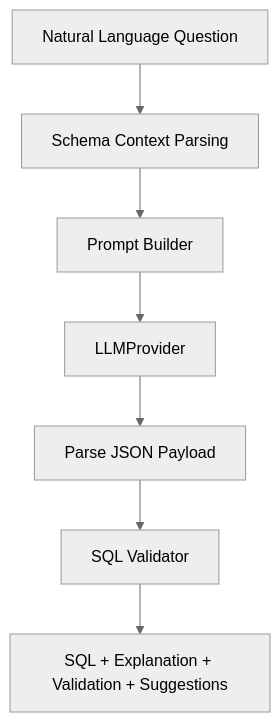
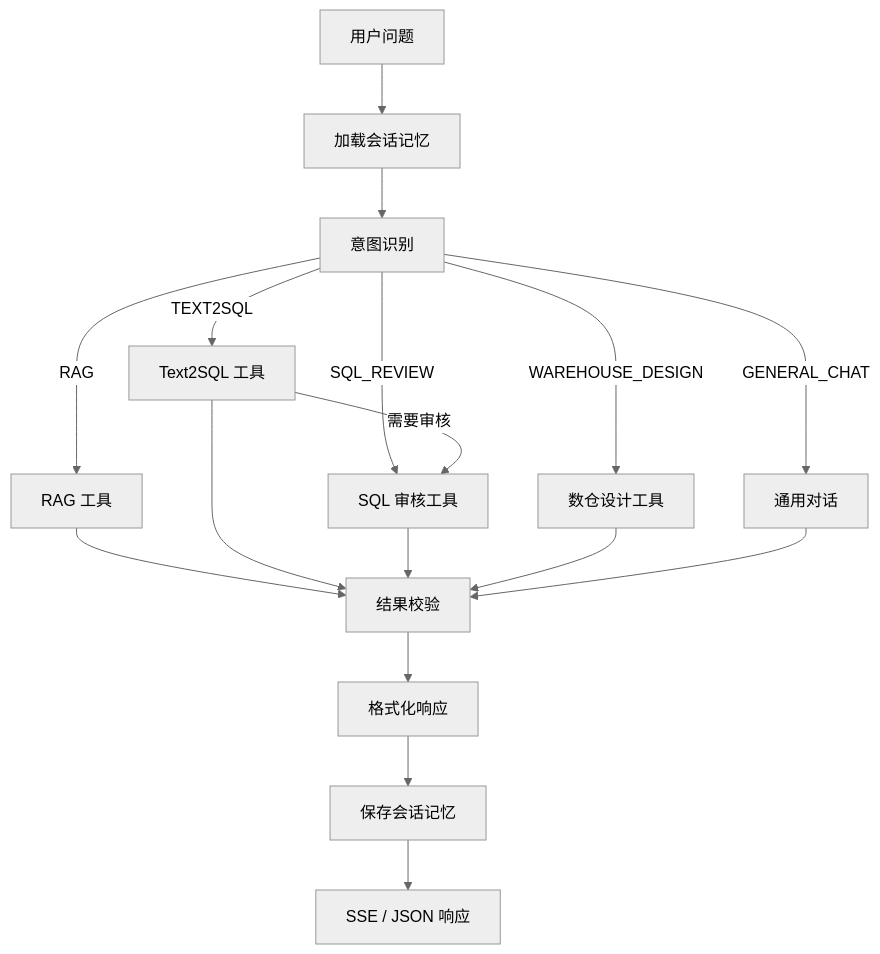
The fourth of 7 diagrams in docs/ARCHITECTURE.md (plutoczm/DataCopilot), drawn with Mermaid (neutral theme) before and after one commit. The commit also changed other lines of this file and 152 other files, not shown here.

````diff
--- a/docs/ARCHITECTURE.md
+++ b/docs/ARCHITECTURE.md
@@ -100,9 +102,19 @@
 ```mermaid
 flowchart TD
-    NL[Natural Language Question] --> Schema[Schema Context Parsing]
-    Schema --> Prompt[Prompt Builder]
-    Prompt --> LLM[LLMProvider]
-    LLM --> JSON[Parse JSON Payload]
-    JSON --> Validate[SQL Validator]
-    Validate --> Result[SQL + Explanation + Validation + Suggestions]
+    Query[用户问题] --> Memory[加载会话记忆]
+    Memory --> Classify[意图识别]
+    Classify -->|RAG| RAGTool[RAG 工具]
+    Classify -->|TEXT2SQL| SQLTool[Text2SQL 工具]
+    Classify -->|SQL_REVIEW| ReviewTool[SQL 审核工具]
+    Classify -->|WAREHOUSE_DESIGN| WarehouseTool[数仓设计工具]
+    Classify -->|GENERAL_CHAT| Chat[通用对话]
+    SQLTool -->|需要审核| ReviewTool
+    RAGTool --> Validate[结果校验]
+    SQLTool --> Validate
+    ReviewTool --> Validate
+    WarehouseTool --> Validate
+    Chat --> Validate
+    Validate --> Format[格式化响应]
+    Format --> Save[保存会话记忆]
+    Save --> Response[SSE / JSON 响应]
 ```
````
